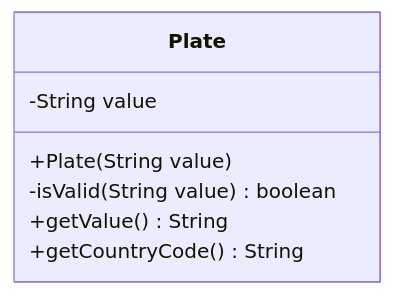
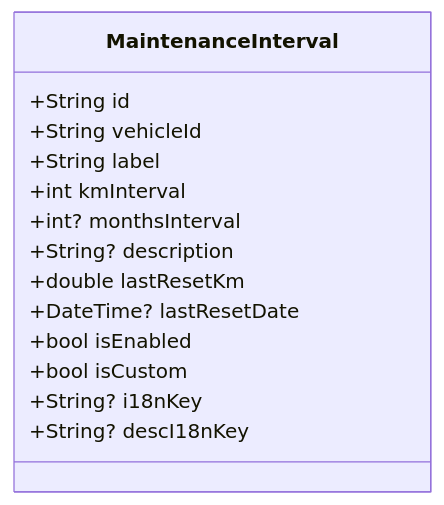
The sixth of 13 diagrams in docs/versioned_docs/version-2026.06.5-alpha/developer/mobile/app-architecture.md (abrahdev/karter), drawn with Mermaid before and after one commit. The commit also changed other lines of this file and 4 other files, not shown here.

````diff
--- a/docs/versioned_docs/version-2026.06.5-alpha/developer/mobile/app-architecture.md
+++ b/docs/versioned_docs/version-2026.06.5-alpha/developer/mobile/app-architecture.md
@@ -223,10 +210,17 @@
 ```mermaid
 classDiagram
-class Plate {
-        -String value
-        +Plate(String value)
-        -isValid(String value) boolean
-        +getValue() String
-        +getCountryCode() String
+    class MaintenanceInterval {
+        +String id
+        +String vehicleId
+        +String label
+        +int kmInterval
+        +int? monthsInterval
+        +String? description
+        +double lastResetKm
+        +DateTime? lastResetDate
+        +bool isEnabled
+        +bool isCustom
+        +String? i18nKey
+        +String? descI18nKey
     }
-```  
+```
````
